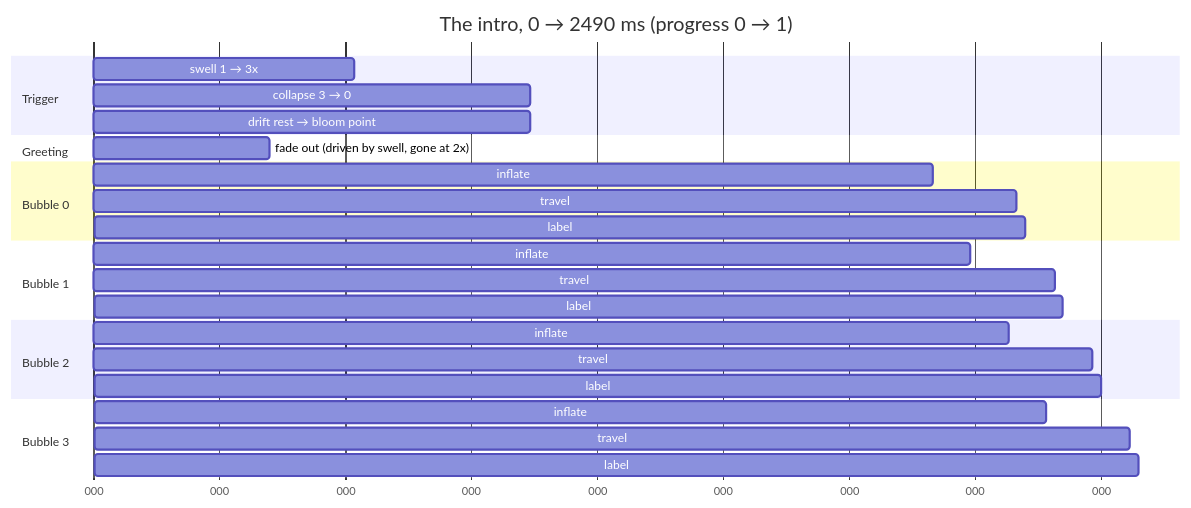
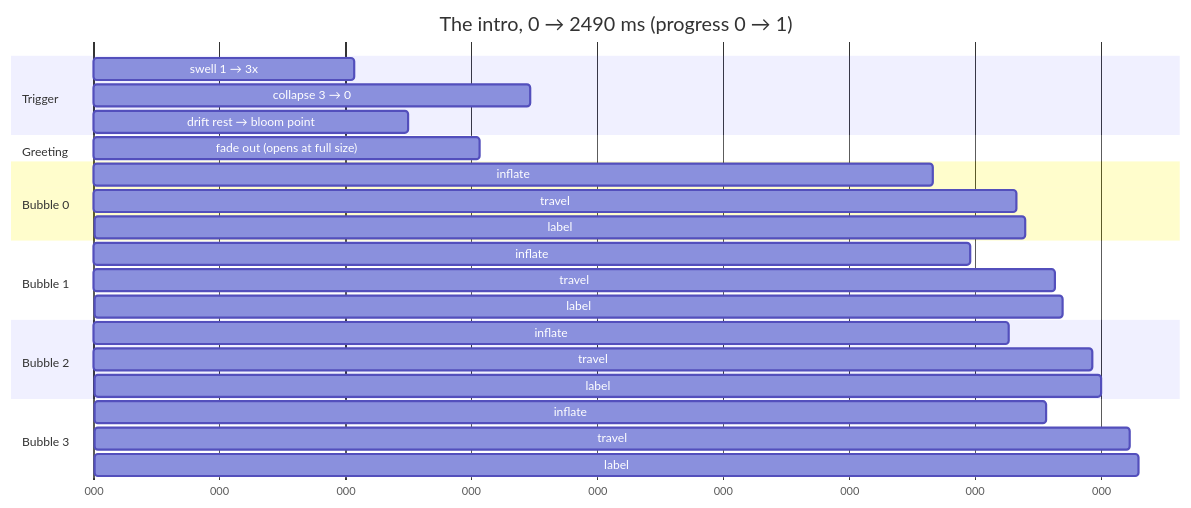
One commit to ImCitizen13/quattro4maggi changed the diagram in src/components/liquid-bubbles-multi/animation_timeline.md. Above: the diagram before and after it, drawn with Mermaid. The commit also changed other lines of this file and 17 other files, not shown here.

````diff
--- a/src/components/liquid-bubbles-multi/animation_timeline.md
+++ b/src/components/liquid-bubbles-multi/animation_timeline.md
@@ -48,34 +48,34 @@
 ```mermaid
 gantt
     title The intro, 0 → 2490 ms (progress 0 → 1)
     dateFormat X
     axisFormat %L
 
     section Trigger
     swell  1 → 3x            :0, 620
     collapse  3 → 0          :620, 1040
-    drift  rest → bloom point :0, 1040
+    drift  rest → bloom point :0, 749
 
     section Greeting
-    fade out (driven by swell, gone at 2x) :0, 420
+    fade out (opens at full size) :620, 920
 
     section Bubble 0
     inflate :1100, 2000
     travel  :1100, 2200
     label   :1800, 2220
 
     section Bubble 1
     inflate :1190, 2090
     travel  :1190, 2290
     label   :1890, 2310
 
     section Bubble 2
     inflate :1280, 2180
     travel  :1280, 2380
     label   :1980, 2400
 
     section Bubble 3
     inflate :1370, 2270
     travel  :1370, 2470
     label   :2070, 2490
 ```
````
